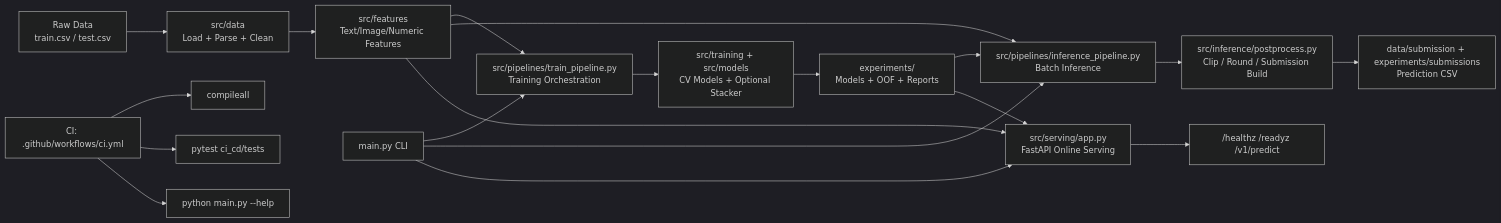
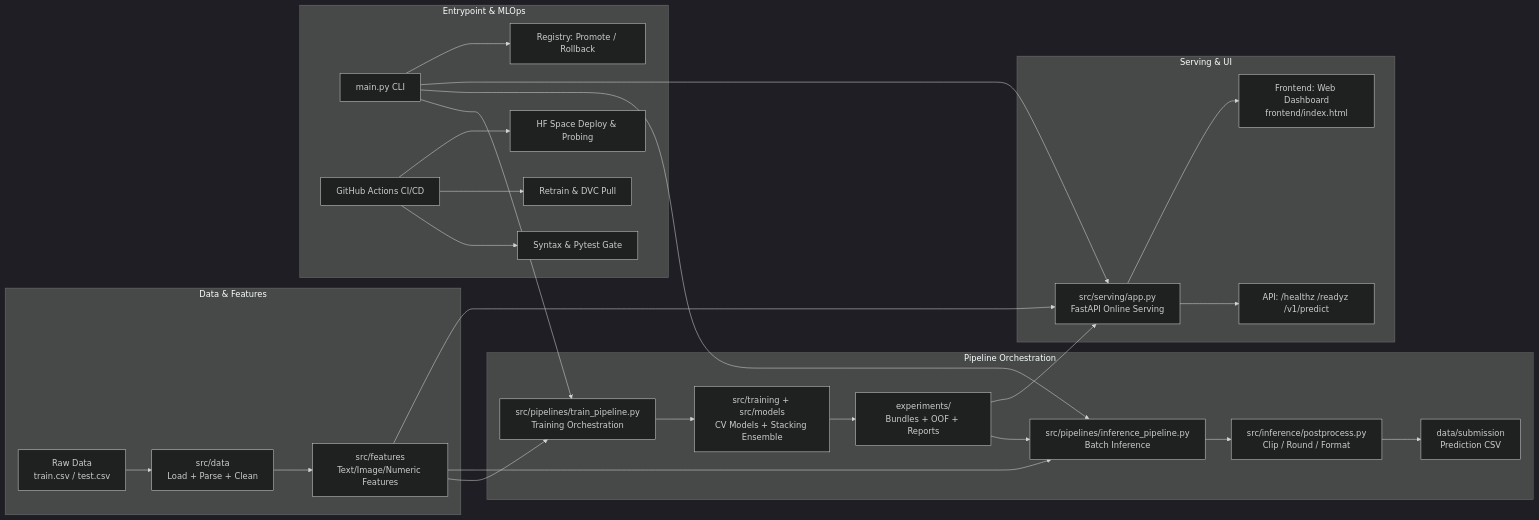
One commit to arpitkumar2004/A_ML_25 changed the diagram in README.md. Above: the diagram before and after it, drawn with Mermaid (dark theme). The commit also changed other lines of this file and 6 other files, not shown here.

Commit message:
feat: implement ML prediction dashboard with real-time UI, telemetry monitoring, and test infrastructure

````diff
--- a/README.md
+++ b/README.md
@@ -57,26 +59,36 @@
 ```mermaid
 flowchart LR
-    A[Raw Data\ntrain.csv / test.csv] --> B[src/data\nLoad + Parse + Clean]
-    B --> C[src/features\nText/Image/Numeric Features]
+    subgraph Data & Features
+        A[Raw Data\ntrain.csv / test.csv] --> B[src/data\nLoad + Parse + Clean]
+        B --> C[src/features\nText/Image/Numeric Features]
+    end
 
-    C --> D[src/pipelines/train_pipeline.py\nTraining Orchestration]
-    D --> E[src/training + src/models\nCV Models + Optional Stacker]
-    E --> F[experiments/\nModels + OOF + Reports]
+    subgraph Pipeline Orchestration
+        C --> D[src/pipelines/train_pipeline.py\nTraining Orchestration]
+        D --> E[src/training + src/models\nCV Models + Stacking Ensemble]
+        E --> F[experiments/\nBundles + OOF + Reports]
+        
+        C --> G[src/pipelines/inference_pipeline.py\nBatch Inference]
+        F --> G
+        G --> H[src/inference/postprocess.py\nClip / Round / Format]
+        H --> I[data/submission\nPrediction CSV]
+    end
 
-    C --> G[src/pipelines/inference_pipeline.py\nBatch Inference]
-    F --> G
-    G --> H[src/inference/postprocess.py\nClip / Round / Submission Build]
-    H --> I[data/submission + experiments/submissions\nPrediction CSV]
+    subgraph Serving & UI
+        C --> J[src/serving/app.py\nFastAPI Online Serving]
+        F --> J
+        J --> K["API: /healthz /readyz /v1/predict"]
+        J --> L["Frontend: Web Dashboard\nfrontend/index.html"]
+    end
 
-    C --> J[src/serving/app.py\nFastAPI Online Serving]
-    F --> J
-    J --> K["/healthz /readyz /v1/predict"]
+    subgraph Entrypoint & MLOps
+        M[main.py CLI] --> D
+        M --> G
+        M --> J
+        M --> N[Registry: Promote / Rollback]
 
-    L[main.py CLI] --> D
-    L --> G
-    L --> J
-
-    M[CI: .github/workflows/ci.yml] --> N[compileall]
-    M --> O[pytest ci_cd/tests]
-    M --> P[python main.py --help]
+        O[GitHub Actions CI/CD] --> P[Syntax & Pytest Gate]
+        O --> Q[Retrain & DVC Pull]
+        O --> R[HF Space Deploy & Probing]
+    end
 ```
````
